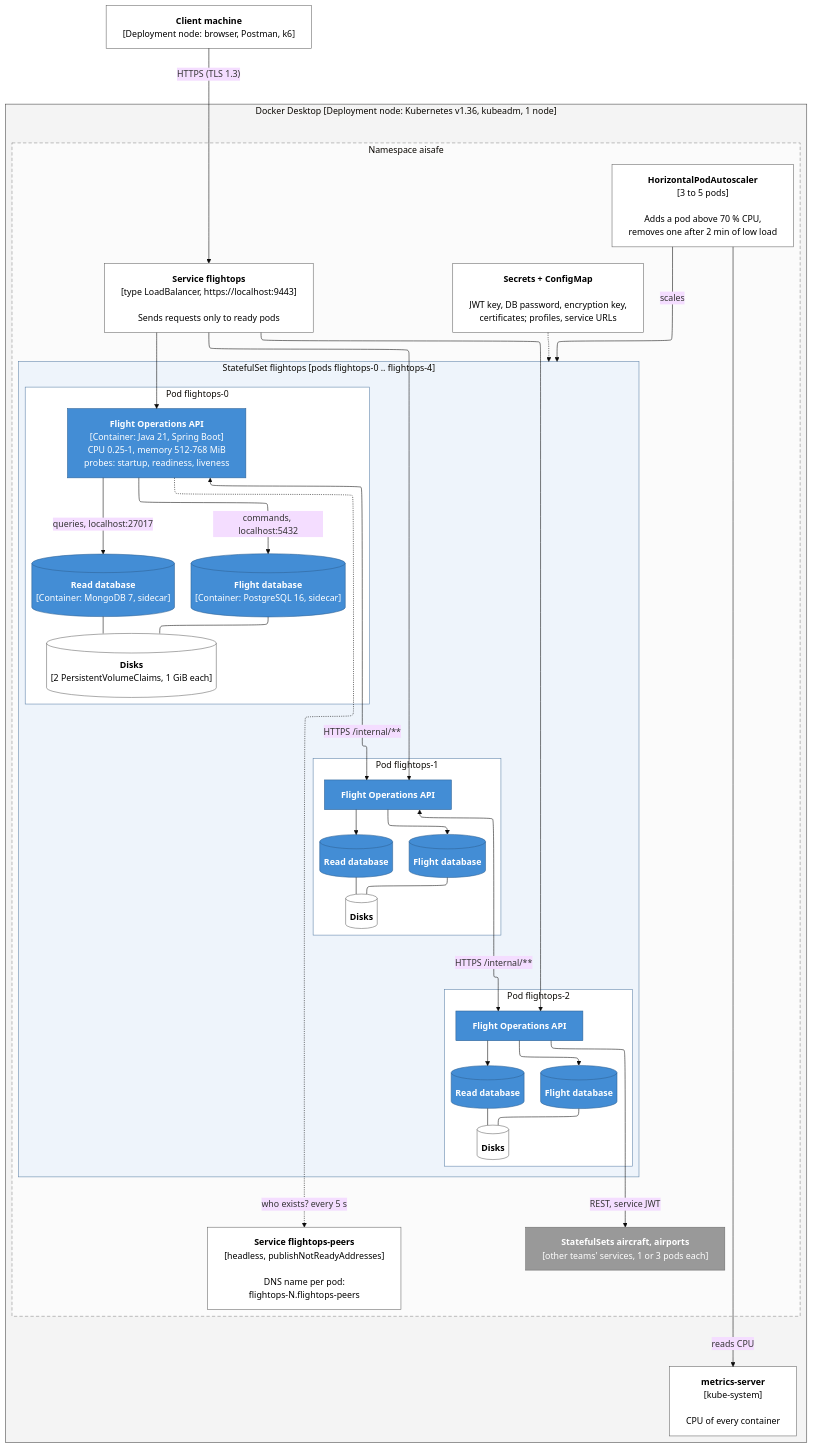
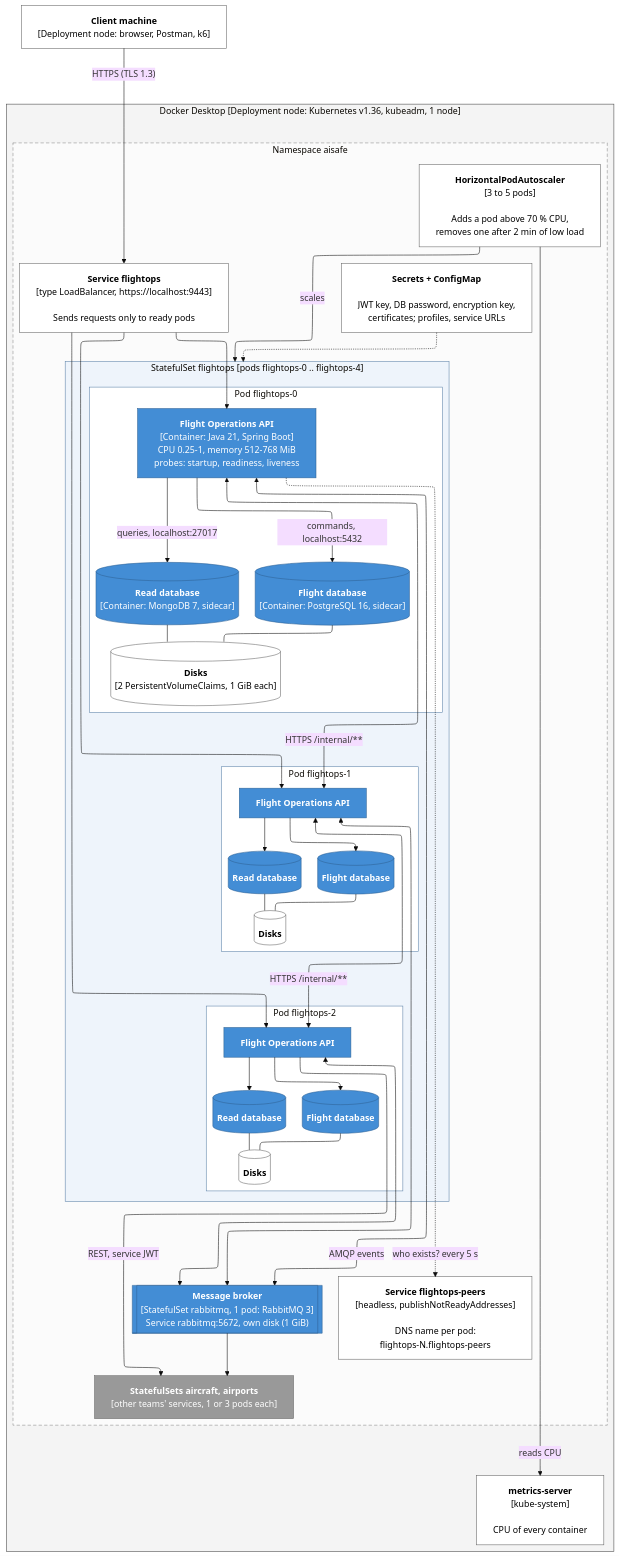
The diagram in docs/c4/5-deployment-kubernetes.mmd (ImJay1527/flight-operations-service), drawn with Mermaid (base theme) before and after one commit. The commit also changed 52 other files, not shown here.

First line of the commit message:
RabbitMQ: flight events through the broker

```diff
--- a/docs/c4/5-deployment-kubernetes.mmd
+++ b/docs/c4/5-deployment-kubernetes.mmd
@@ -1,85 +1,90 @@
 ---
 config:
   layout: elk
   flowchart:
     wrappingWidth: 400
 ---
 %% C4 Deployment diagram - Flight Operations on Kubernetes (Docker Desktop, k8s/). Values from k8s/*.yaml.
 flowchart TB
     browser["<b>Client machine</b><br/>[Deployment node: browser, Postman, k6]"]
 
     subgraph NODE["Docker Desktop [Deployment node: Kubernetes v1.36, kubeadm, 1 node]"]
         direction TB
         subgraph NS["Namespace aisafe"]
             direction TB
             lbsvc["<b>Service flightops</b><br/>[type LoadBalancer, https://localhost:9443]<br/><br/>Sends requests only to ready pods"]
             headless["<b>Service flightops-peers</b><br/>[headless, publishNotReadyAddresses]<br/><br/>DNS name per pod:<br/>flightops-N.flightops-peers"]
             hpa["<b>HorizontalPodAutoscaler</b><br/>[3 to 5 pods]<br/><br/>Adds a pod above 70 % CPU,<br/>removes one after 2 min of low load"]
             secrets["<b>Secrets + ConfigMap</b><br/><br/>JWT key, DB password, encryption key,<br/>certificates; profiles, service URLs"]
 
             subgraph STS["StatefulSet flightops [pods flightops-0 .. flightops-4]"]
                 direction LR
                 subgraph POD0["Pod flightops-0"]
                     direction TB
                     app0["<b>Flight Operations API</b><br/>[Container: Java 21, Spring Boot]<br/>CPU 0.25-1, memory 512-768 MiB<br/>probes: startup, readiness, liveness"]
                     pg0[("<b>Flight database</b><br/>[Container: PostgreSQL 16, sidecar]")]
                     mg0[("<b>Read database</b><br/>[Container: MongoDB 7, sidecar]")]
                     pvc0[("<b>Disks</b><br/>[2 PersistentVolumeClaims, 1 GiB each]")]
                 end
                 subgraph POD1["Pod flightops-1"]
                     direction TB
                     app1["<b>Flight Operations API</b>"]
                     pg1[("<b>Flight database</b>")]
                     mg1[("<b>Read database</b>")]
                     pvc1[("<b>Disks</b>")]
                 end
                 subgraph POD2["Pod flightops-2"]
                     direction TB
                     app2["<b>Flight Operations API</b>"]
                     pg2[("<b>Flight database</b>")]
                     mg2[("<b>Read database</b>")]
                     pvc2[("<b>Disks</b>")]
                 end
             end
 
             others["<b>StatefulSets aircraft, airports</b><br/>[other teams' services, 1 or 3 pods each]"]
+            mq[["<b>Message broker</b><br/>[StatefulSet rabbitmq, 1 pod: RabbitMQ 3]<br/>Service rabbitmq:5672, own disk (1 GiB)"]]
         end
         ms["<b>metrics-server</b><br/>[kube-system]<br/><br/>CPU of every container"]
     end
 
     browser -->|"HTTPS (TLS 1.3)"| lbsvc
     lbsvc --> app0
     lbsvc --> app1
     lbsvc --> app2
     app0 -->|"commands, localhost:5432"| pg0
     app0 -->|"queries, localhost:27017"| mg0
     pg0 --- pvc0
     mg0 --- pvc0
     app1 --> pg1
     app1 --> mg1
     pg1 --- pvc1
     mg1 --- pvc1
     app2 --> pg2
     app2 --> mg2
     pg2 --- pvc2
     mg2 --- pvc2
     app0 <-->|"HTTPS /internal/**"| app1
     app1 <-->|"HTTPS /internal/**"| app2
     app0 -.->|"who exists? every 5 s"| headless
     hpa -->|"scales"| STS
     hpa -->|"reads CPU"| ms
     secrets -.-> STS
     app2 -->|"REST, service JWT"| others
+    app0 <-->|"AMQP events"| mq
+    app1 <--> mq
+    app2 <--> mq
+    mq --> others
 
     classDef container fill:#438dd5,stroke:#2e6295,color:#ffffff
     classDef infra fill:#ffffff,stroke:#666666,color:#000000
     classDef external fill:#999999,stroke:#6b6b6b,color:#ffffff
-    class app0,app1,app2,pg0,pg1,pg2,mg0,mg1,mg2 container
+    class app0,app1,app2,pg0,pg1,pg2,mg0,mg1,mg2,mq container
     class lbsvc,headless,hpa,secrets,ms,pvc0,pvc1,pvc2,browser infra
     class others external
     style NODE fill:#f4f4f4,stroke:#444444
     style NS fill:#fbfbfb,stroke:#888888,stroke-dasharray:6 4
     style STS fill:#eef4fb,stroke:#5d82a8
     style POD0 fill:#ffffff,stroke:#5d82a8
     style POD1 fill:#ffffff,stroke:#5d82a8
     style POD2 fill:#ffffff,stroke:#5d82a8
```
